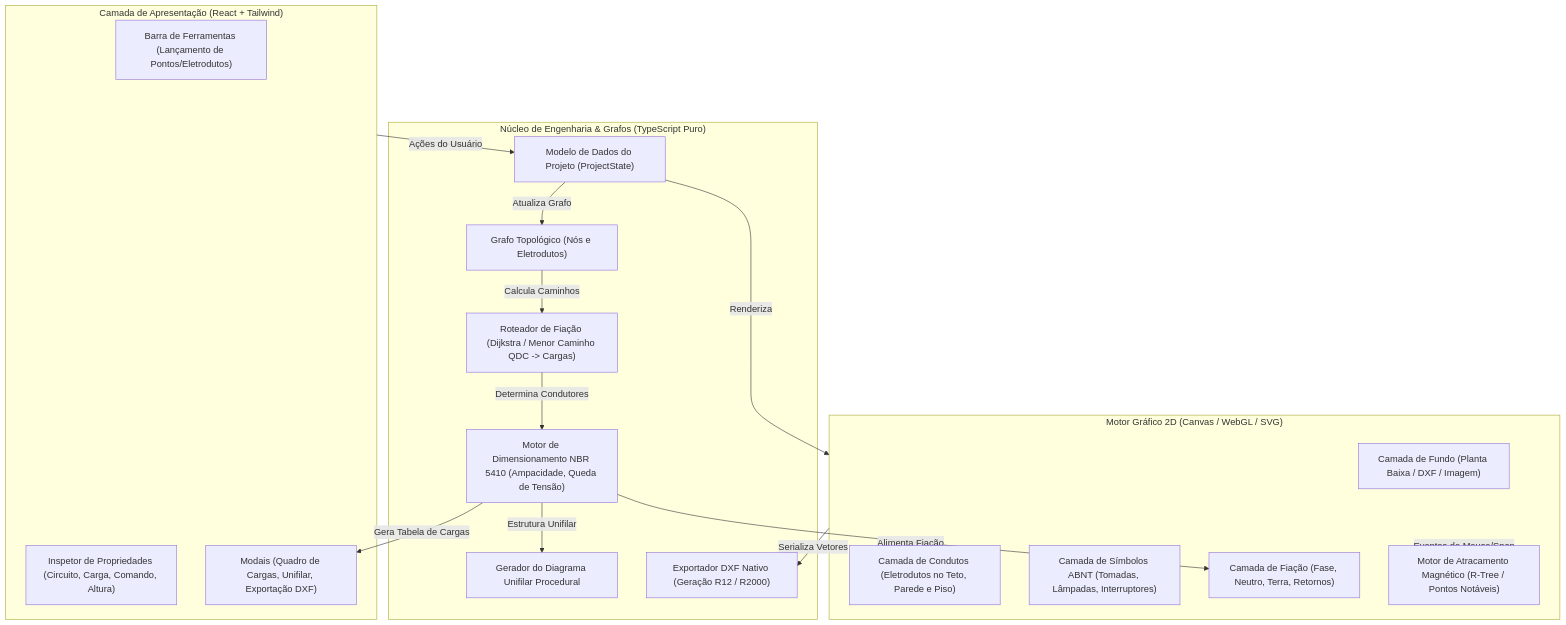
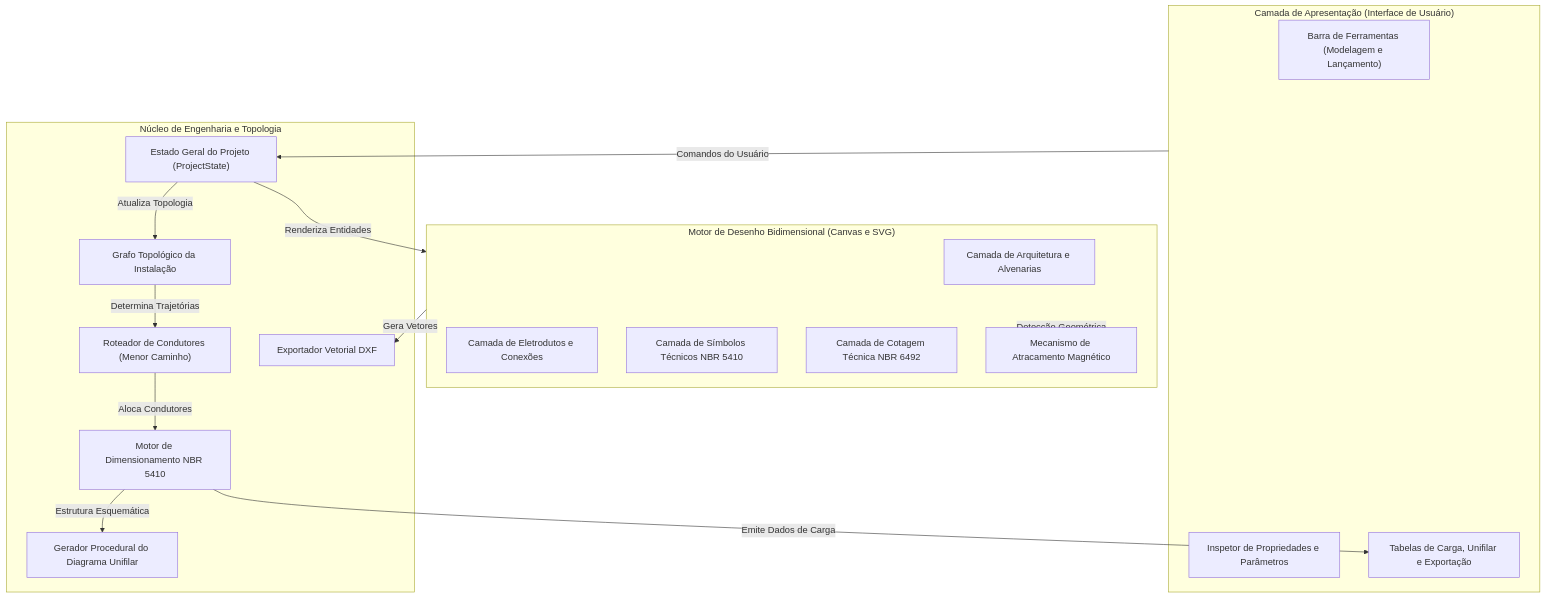
Before and after one commit to samuel-c-santos/openeletrica: the diagram in docs/architecture.md, drawn with Mermaid. The commit also changed other lines of this file and 6 other files, not shown here.

````diff
--- a/docs/architecture.md
+++ b/docs/architecture.md
@@ -11,36 +11,35 @@
 ```mermaid
 flowchart TD
-    subgraph UI ["Camada de Apresentação (React + Tailwind)"]
-        Toolbar["Barra de Ferramentas (Lançamento de Pontos/Eletrodutos)"]
-        Inspector["Inspetor de Propriedades (Circuito, Carga, Comando, Altura)"]
-        Modals["Modais (Quadro de Cargas, Unifilar, Exportação DXF)"]
+    subgraph CamadaApresentacao ["Camada de Apresentação (Interface de Usuário)"]
+        BarraFerramentas["Barra de Ferramentas (Modelagem e Lançamento)"]
+        PainelInspetor["Inspetor de Propriedades e Parâmetros"]
+        JanelasModais["Tabelas de Carga, Unifilar e Exportação"]
     end
 
-    subgraph CanvasViewport ["Motor Gráfico 2D (Canvas / WebGL / SVG)"]
-        FloorPlanLayer["Camada de Fundo (Planta Baixa / DXF / Imagem)"]
-        ConduitLayer["Camada de Condutos (Eletrodutos no Teto, Parede e Piso)"]
-        SymbolsLayer["Camada de Símbolos ABNT (Tomadas, Lâmpadas, Interruptores)"]
-        WiresLayer["Camada de Fiação (Fase, Neutro, Terra, Retornos)"]
-        SnappingEngine["Motor de Atracamento Magnético (R-Tree / Pontos Notáveis)"]
+    subgraph CamadaGrafica ["Motor de Desenho Bidimensional (Canvas e SVG)"]
+        CamadaAlvenaria["Camada de Arquitetura e Alvenarias"]
+        CamadaEletrodutos["Camada de Eletrodutos e Conexões"]
+        CamadaSimbologia["Camada de Símbolos Técnicos NBR 5410"]
+        CamadaCotas["Camada de Cotagem Técnica NBR 6492"]
+        MotorSnapping["Mecanismo de Atracamento Magnético"]
     end
 
-    subgraph CoreEngine ["Núcleo de Engenharia & Grafos (TypeScript Puro)"]
-        DataModel["Modelo de Dados do Projeto (ProjectState)"]
-        TopologyGraph["Grafo Topológico (Nós e Eletrodutos)"]
-        Router["Roteador de Fiação (Dijkstra / Menor Caminho QDC -> Cargas)"]
-        NBR5410Engine["Motor de Dimensionamento NBR 5410 (Ampacidade, Queda de Tensão)"]
-        SLDGenerator["Gerador do Diagrama Unifilar Procedural"]
-        DXFExporter["Exportador DXF Nativo (Geração R12 / R2000)"]
+    subgraph NucleoEngenharia ["Núcleo de Engenharia e Topologia"]
+        EstadoProjeto["Estado Geral do Projeto (ProjectState)"]
+        GrafoRede["Grafo Topológico da Instalação"]
+        AlgoritmoRoteamento["Roteador de Condutores (Menor Caminho)"]
+        MotorNBR5410["Motor de Dimensionamento NBR 5410"]
+        GeradorUnifilar["Gerador Procedural do Diagrama Unifilar"]
+        SerializadorDXF["Exportador Vetorial DXF"]
     end
 
-    UI -->|Ações do Usuário| DataModel
-    DataModel -->|Atualiza Grafo| TopologyGraph
-    TopologyGraph -->|Calcula Caminhos| Router
-    Router -->|Determina Condutores| NBR5410Engine
-    NBR5410Engine -->|Gera Tabela de Cargas| Modals
-    NBR5410Engine -->|Alimenta Fiação| WiresLayer
-    DataModel -->|Renderiza| CanvasViewport
-    CanvasViewport -->|Eventos de Mouse/Snap| SnappingEngine
-    NBR5410Engine -->|Estrutura Unifilar| SLDGenerator
-    CanvasViewport -->|Serializa Vetores| DXFExporter
+    CamadaApresentacao -->|Comandos do Usuário| EstadoProjeto
+    EstadoProjeto -->|Atualiza Topologia| GrafoRede
+    GrafoRede -->|Determina Trajetórias| AlgoritmoRoteamento
+    AlgoritmoRoteamento -->|Aloca Condutores| MotorNBR5410
+    MotorNBR5410 -->|Emite Dados de Carga| JanelasModais
+    EstadoProjeto -->|Renderiza Entidades| CamadaGrafica
+    CamadaGrafica -->|Detecção Geométrica| MotorSnapping
+    MotorNBR5410 -->|Estrutura Esquemática| GeradorUnifilar
+    CamadaGrafica -->|Gera Vetores| SerializadorDXF
 ```
````
